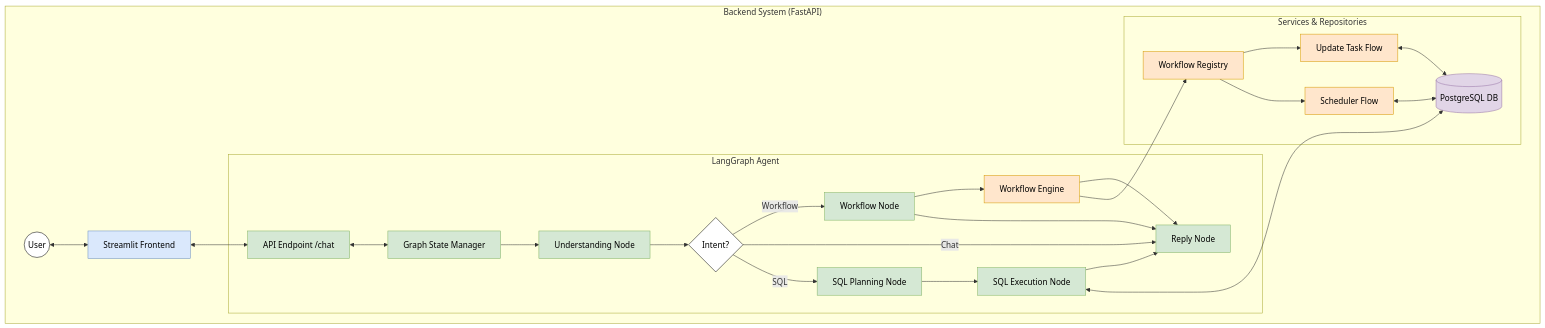
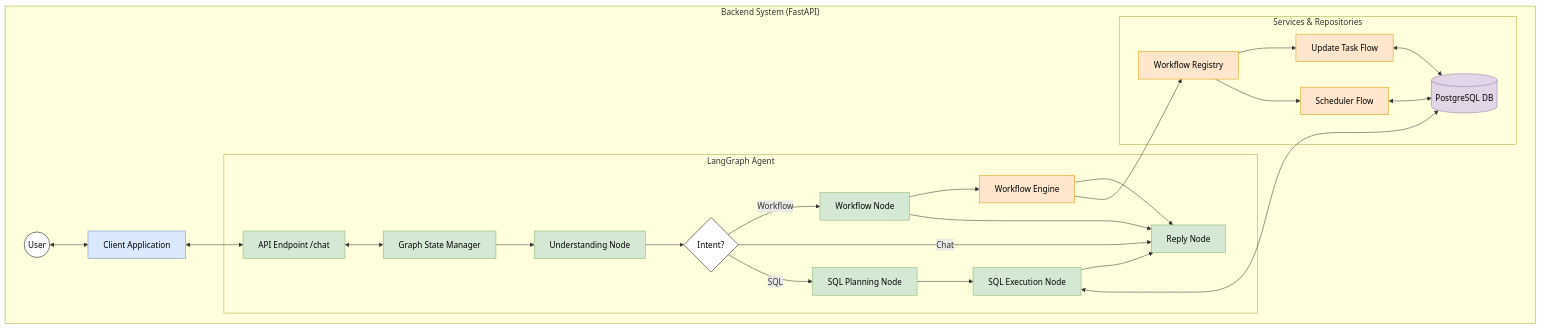
One commit to deepakraaaj/ChatBot changed the diagram in README.md. Above: the diagram before and after it, drawn with Mermaid.

Commit message:
Docs: Rename Frontend and optimize diagram flow

````diff
--- a/README.md
+++ b/README.md
@@ -13,63 +13,63 @@
 ```mermaid
 graph TD
     User((User))
     
     subgraph "Backend System (FastAPI)"
         style User fill:#ffffff,stroke:#000000,color:#000000
         
-        Frontend[Streamlit Frontend]:::blue
+        Frontend[Client Application]:::blue
         API[API Endpoint /chat]:::green
         
         User <--> Frontend
         Frontend <--> API
         
         subgraph "LangGraph Agent"
             StateManager[Graph State Manager]:::green
             Understanding[Understanding Node]:::green
             Intent{Intent?}:::white
             
             WorkflowNode[Workflow Node]:::green
             ReplyNode[Reply Node]:::green
             SQLPlan[SQL Planning Node]:::green
             SQLExec[SQL Execution Node]:::green
             WorkflowEng[Workflow Engine]:::orange
             
             API <--> StateManager
             StateManager --> Understanding
             Understanding --> Intent
             
             Intent -->|Workflow| WorkflowNode
             Intent -->|Chat| ReplyNode
             Intent -->|SQL| SQLPlan
             
             WorkflowNode --> WorkflowEng
             WorkflowNode --> ReplyNode
             WorkflowEng --> ReplyNode
             
             SQLPlan --> SQLExec
             SQLExec --> ReplyNode
         end
         
         subgraph "Services & Repositories"
             Registry[Workflow Registry]:::orange
             UpdateFlow[Update Task Flow]:::orange
             SchedFlow[Scheduler Flow]:::orange
             DB[(PostgreSQL DB)]:::purple
             
             WorkflowEng --> Registry
             Registry --> UpdateFlow
             Registry --> SchedFlow
             
             UpdateFlow <--> DB
             SchedFlow <--> DB
             SQLExec <--> DB
         end
     end
     
     %% Styling
     classDef blue fill:#dae8fc,stroke:#6c8ebf,color:#000000
     classDef green fill:#d5e8d4,stroke:#82b366,color:#000000
     classDef orange fill:#ffe6cc,stroke:#d79b00,color:#000000
     classDef purple fill:#e1d5e7,stroke:#9673a6,color:#000000
     classDef white fill:#ffffff,stroke:#000000,color:#000000
 ```
````
